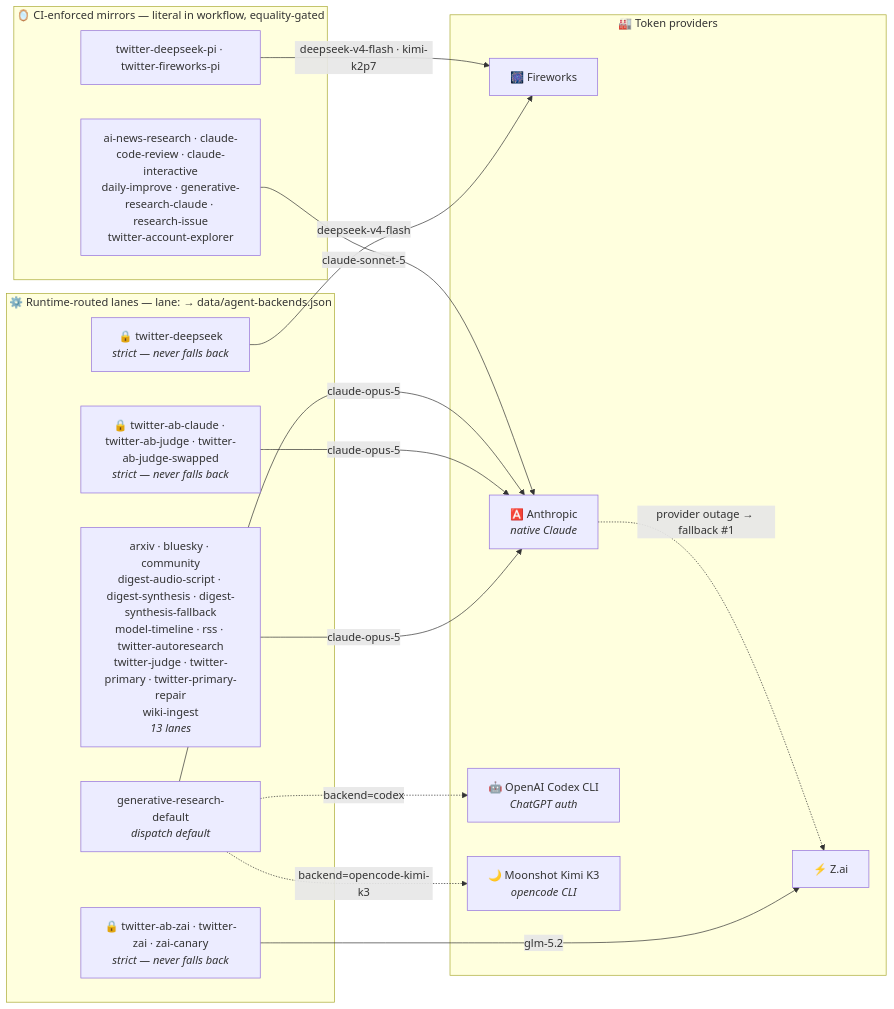
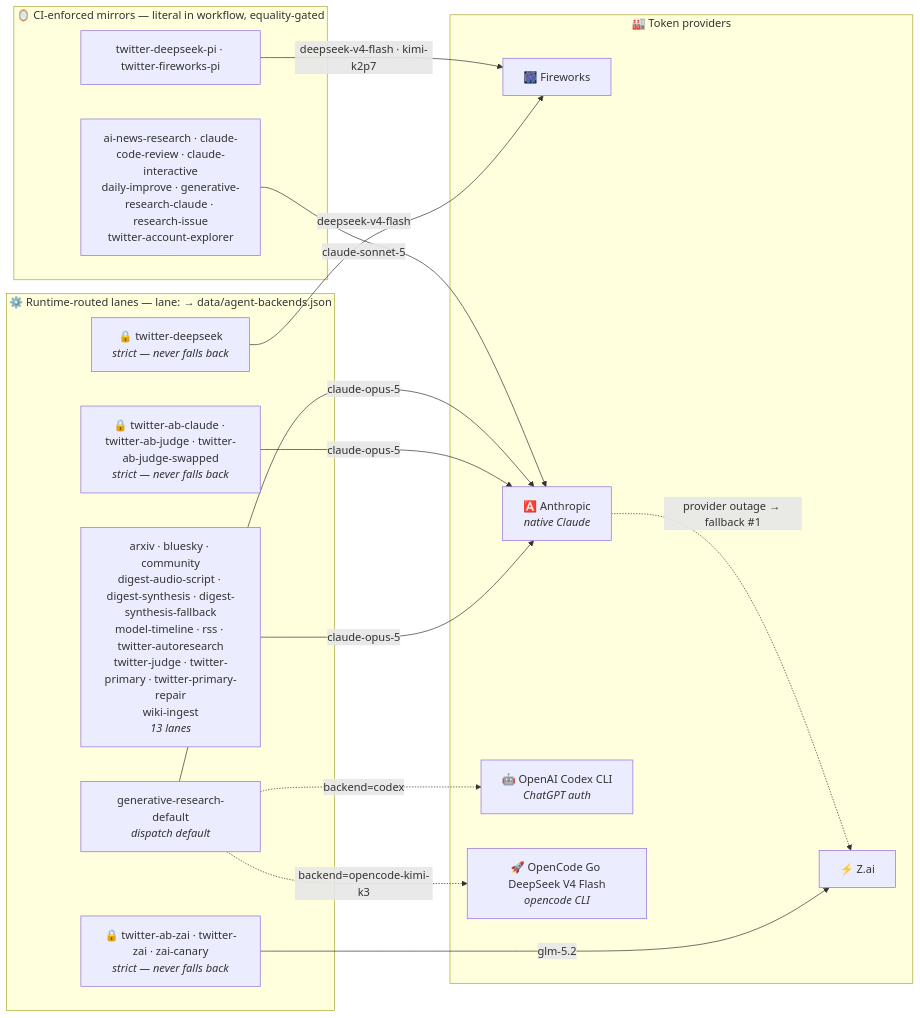
The second of 3 diagrams in README.md (guzus/ai-research-arm), drawn with Mermaid before and after one commit. The commit also changed other lines of this file and 12 other files, not shown here.

````diff
--- a/README.md
+++ b/README.md
@@ -147,31 +147,31 @@
 ```mermaid
 flowchart LR
     subgraph runtime["⚙️ Runtime-routed lanes — lane: → data/agent-backends.json"]
         lanes0["arxiv · bluesky · community<br/>digest-audio-script · digest-synthesis · digest-synthesis-fallback<br/>model-timeline · rss · twitter-autoresearch<br/>twitter-judge · twitter-primary · twitter-primary-repair<br/>wiki-ingest<br/><i>13 lanes</i>"]
         strict0["🔒 twitter-ab-claude · twitter-ab-judge · twitter-ab-judge-swapped<br/><i>strict — never falls back</i>"]
         strict1["🔒 twitter-deepseek<br/><i>strict — never falls back</i>"]
         strict2["🔒 twitter-ab-zai · twitter-zai · zai-canary<br/><i>strict — never falls back</i>"]
         gendef["generative-research-default<br/><i>dispatch default</i>"]
     end
     subgraph mirrors["🪞 CI-enforced mirrors — literal in workflow, equality-gated"]
         pi["twitter-deepseek-pi · twitter-fireworks-pi"]
         native["ai-news-research · claude-code-review · claude-interactive<br/>daily-improve · generative-research-claude · research-issue<br/>twitter-account-explorer"]
     end
     subgraph providers["🏭 Token providers"]
         FW["🎆 Fireworks"]
         ZAI["⚡ Z.ai"]
         ANT["🅰️ Anthropic<br/><i>native Claude</i>"]
         OAI["🤖 OpenAI Codex CLI<br/><i>ChatGPT auth</i>"]
-        MSH["🌙 Moonshot Kimi K3<br/><i>opencode CLI</i>"]
+        MSH["🚀 OpenCode Go DeepSeek V4 Flash<br/><i>opencode CLI</i>"]
     end
     lanes0 -->|"claude-opus-5"| ANT
     strict0 -->|"claude-opus-5"| ANT
     strict1 -->|"deepseek-v4-flash"| FW
     strict2 -->|"glm-5.2"| ZAI
     gendef -->|"claude-opus-5"| ANT
     pi -->|"deepseek-v4-flash · kimi-k2p7"| FW
     native -->|"claude-sonnet-5"| ANT
     gendef -.->|"backend=codex"| OAI
     gendef -.->|"backend=opencode-kimi-k3"| MSH
     ANT -. "provider outage → fallback #1" .-> ZAI
 ```
````
